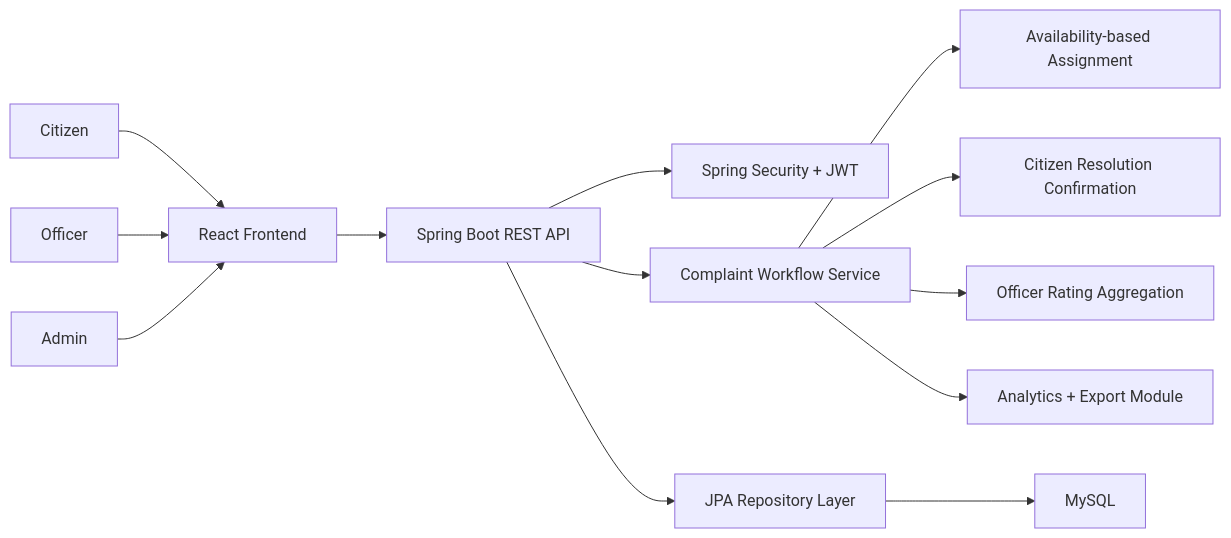
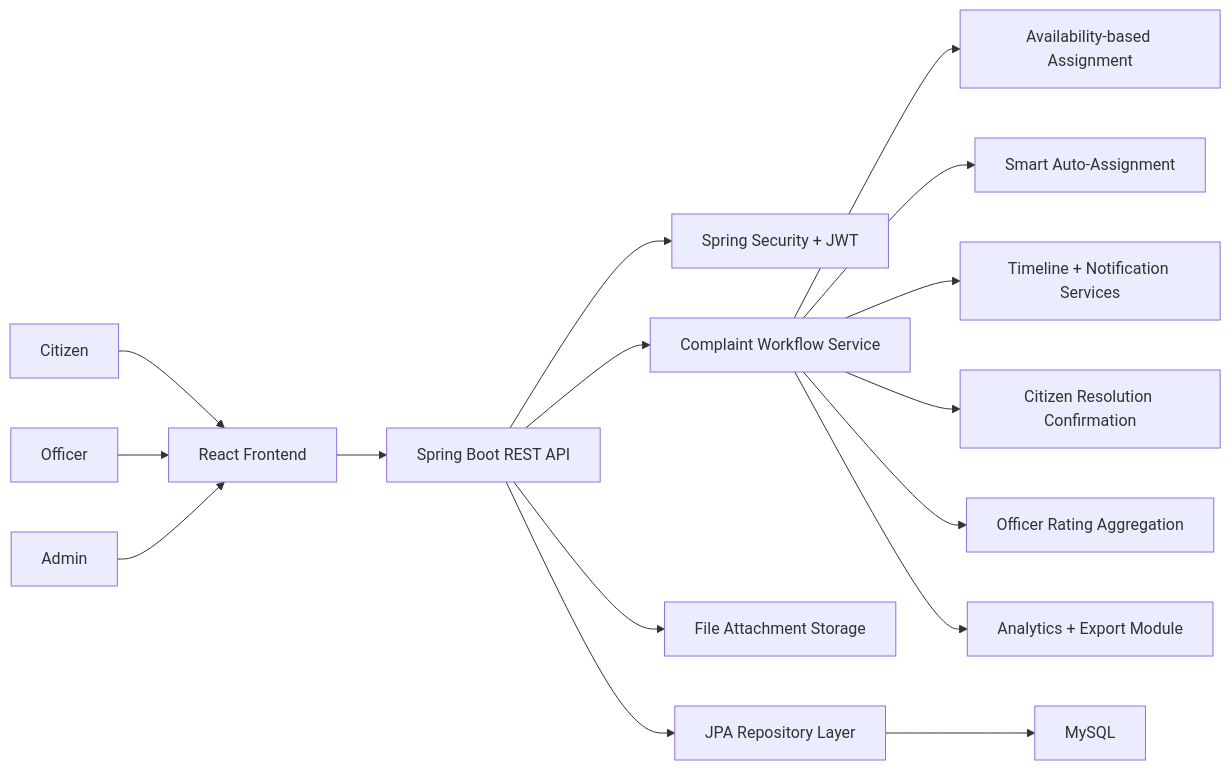
One commit to KiranB111/smart-complaint-system changed the diagram in README.md. Above: the diagram before and after it, drawn with Mermaid. The commit also changed other lines of this file and 29 other files, not shown here.

Commit message:
Add complaint timeline, uploads, notifications, smart assignment, and admin management

````diff
--- a/README.md
+++ b/README.md
@@ -130,15 +149,18 @@
 ```mermaid
 flowchart LR
     A["Citizen"] --> B["React Frontend"]
     X["Officer"] --> B
     Y["Admin"] --> B
     B --> C["Spring Boot REST API"]
     C --> D["Spring Security + JWT"]
     C --> E["Complaint Workflow Service"]
     E --> F["Availability-based Assignment"]
-    E --> G["Citizen Resolution Confirmation"]
-    E --> H["Officer Rating Aggregation"]
-    E --> I["Analytics + Export Module"]
-    C --> J["JPA Repository Layer"]
-    J --> K["MySQL"]
+    E --> G["Smart Auto-Assignment"]
+    E --> H["Timeline + Notification Services"]
+    E --> I["Citizen Resolution Confirmation"]
+    E --> J["Officer Rating Aggregation"]
+    E --> K["Analytics + Export Module"]
+    C --> L["File Attachment Storage"]
+    C --> M["JPA Repository Layer"]
+    M --> N["MySQL"]
 ```
````
